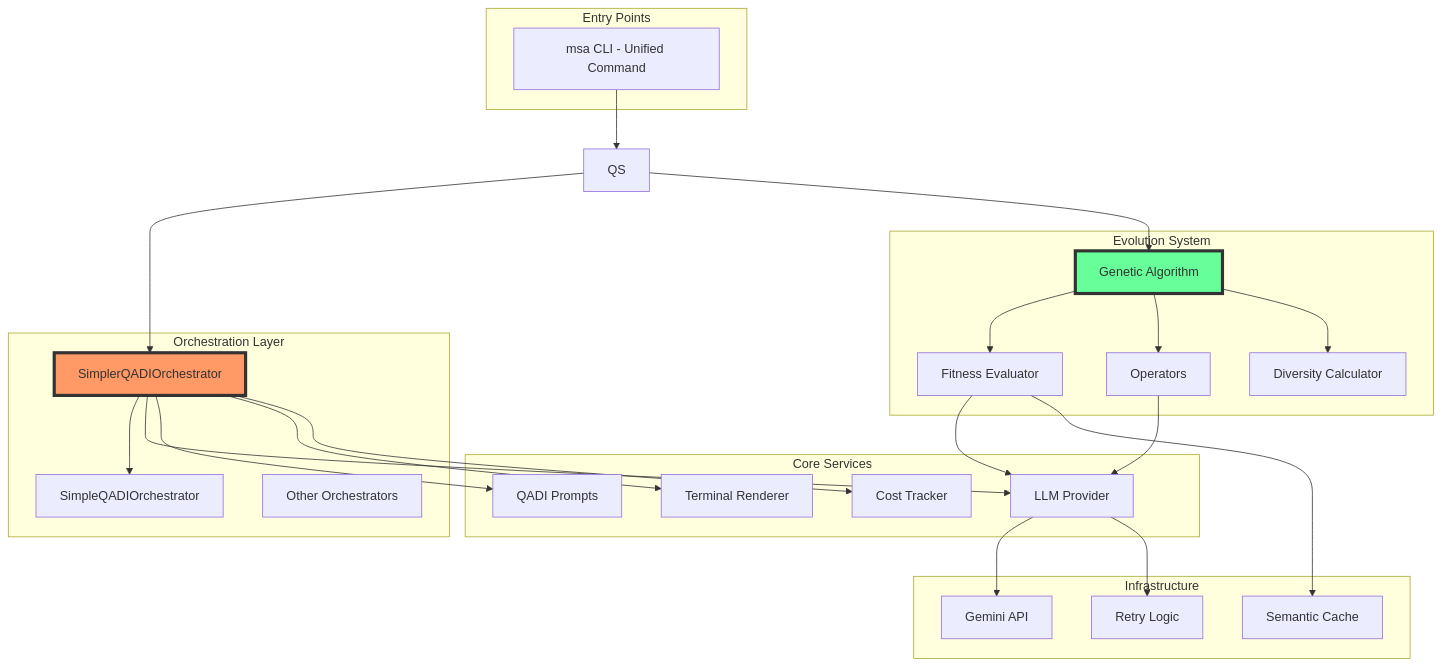
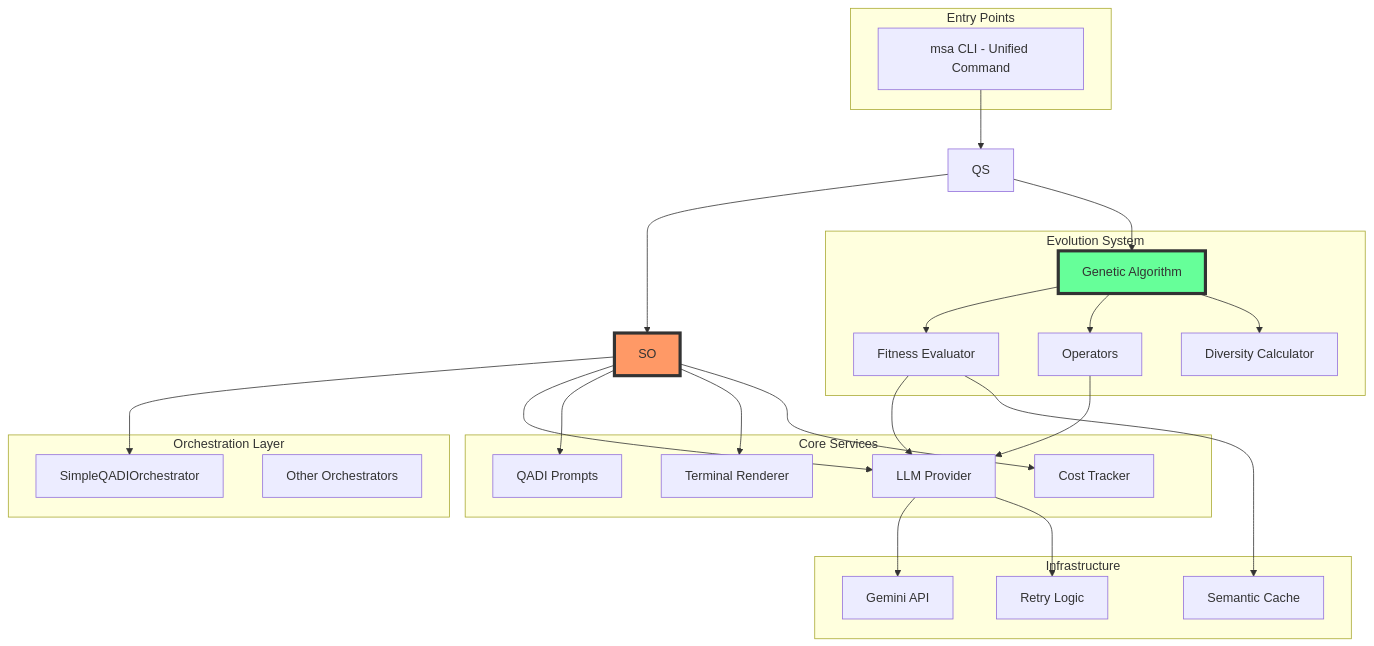
The second of 6 diagrams in ARCHITECTURE.md (TheIllusionOfLife/mad_spark_alt), drawn with Mermaid before and after one commit. The commit also changed other lines of this file and 3 other files, not shown here.

````diff
--- a/ARCHITECTURE.md
+++ b/ARCHITECTURE.md
@@ -169,55 +169,54 @@
 ```mermaid
 graph TD
     subgraph "Entry Points"
         CLI[msa CLI - Unified Command]
     end
 
     subgraph "Orchestration Layer"
-        SO[SimplerQADIOrchestrator]
         SMO[SimpleQADIOrchestrator]
         Other[Other Orchestrators]
     end
 
     subgraph "Core Services"
         LLM[LLM Provider]
         COST[Cost Tracker]
         PROMPT[QADI Prompts]
         RENDER[Terminal Renderer]
     end
     
     subgraph "Evolution System"
         GA[Genetic Algorithm]
         FIT[Fitness Evaluator]
         OPS[Operators]
         DIV[Diversity Calculator]
     end
     
     subgraph "Infrastructure"
         GEMINI[Gemini API]
         CACHE[Semantic Cache]
         RETRY[Retry Logic]
     end
     
     CLI --> QS
     QS --> SO
     SO --> SMO
     SO --> LLM
     SO --> PROMPT
     SO --> RENDER
     SO --> COST
     
     QS --> GA
     GA --> FIT
     GA --> OPS
     GA --> DIV
     
     LLM --> GEMINI
     FIT --> LLM
     OPS --> LLM
     
     LLM --> RETRY
     FIT --> CACHE
     
     style SO fill:#f96,stroke:#333,stroke-width:4px
     style GA fill:#6f9,stroke:#333,stroke-width:4px
 ```
````
